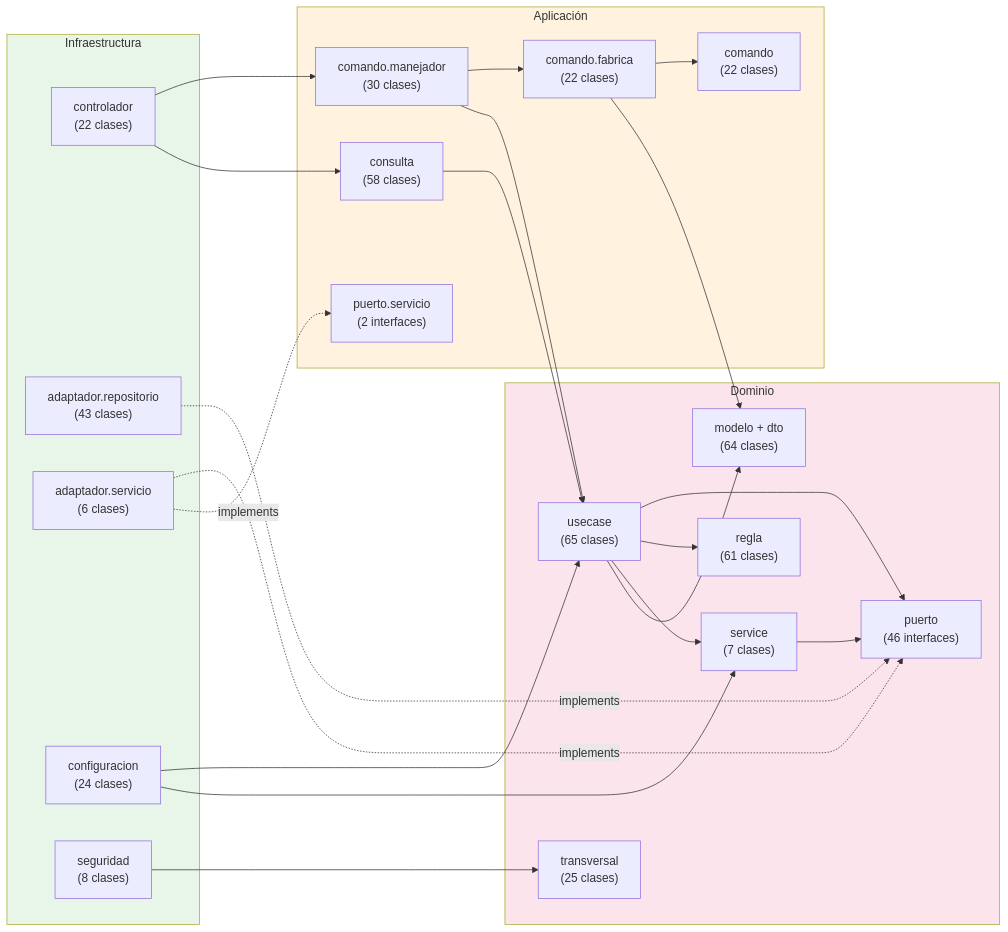
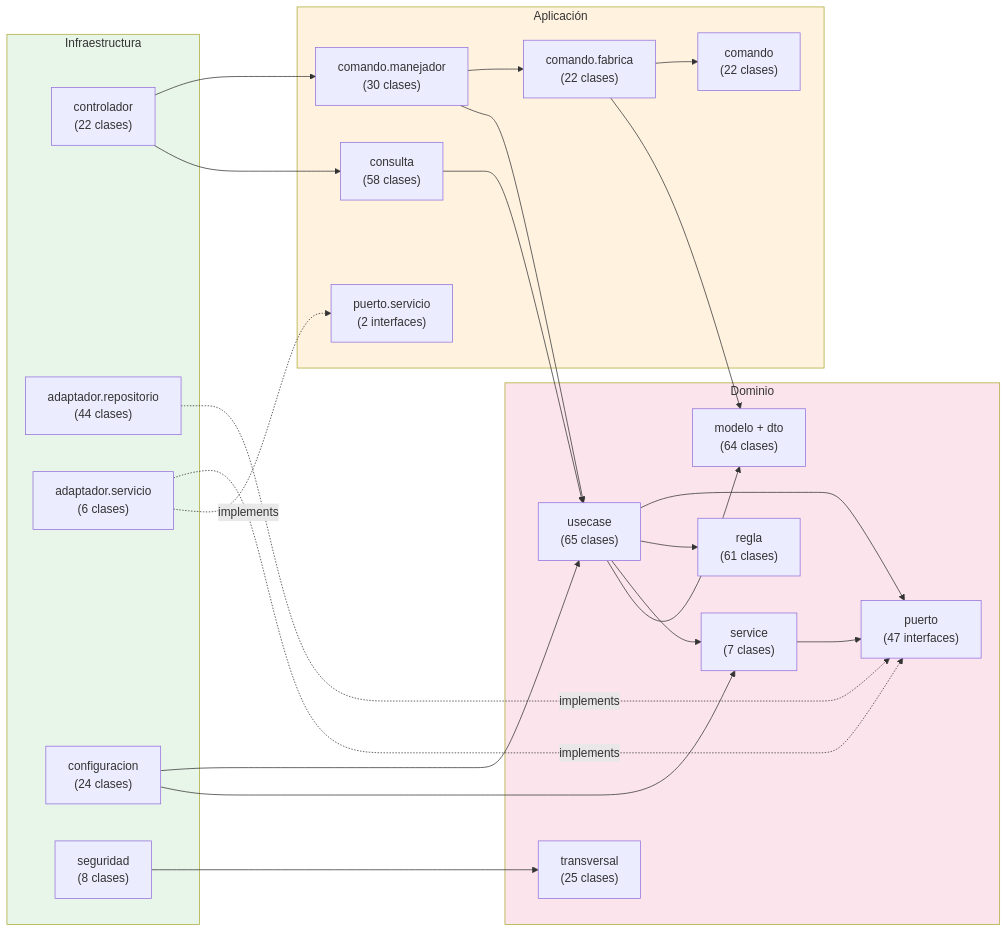
The sixth of 15 diagrams in docs/artifacts/27.diagrama_de_paquetes.md (sibeuco/DocumentacionSibe), drawn with Mermaid before and after one commit. The commit also changed other lines of this file and 5 other files, not shown here.

````diff
--- a/docs/artifacts/27.diagrama_de_paquetes.md
+++ b/docs/artifacts/27.diagrama_de_paquetes.md
@@ -498,50 +565,50 @@
 ```mermaid
 graph LR
     subgraph Infraestructura
         ctrl["controlador<br/>(22 clases)"]
-        repo["adaptador.repositorio<br/>(43 clases)"]
+        repo["adaptador.repositorio<br/>(44 clases)"]
         svcImpl["adaptador.servicio<br/>(6 clases)"]
         config["configuracion<br/>(24 clases)"]
         security["seguridad<br/>(8 clases)"]
     end
 
     subgraph Aplicación
         cmdMan["comando.manejador<br/>(30 clases)"]
         qryMan["consulta<br/>(58 clases)"]
         fabricas["comando.fabrica<br/>(22 clases)"]
         cmdDTO["comando<br/>(22 clases)"]
         appPort["puerto.servicio<br/>(2 interfaces)"]
     end
 
     subgraph Dominio
         usecases["usecase<br/>(65 clases)"]
         modelos["modelo + dto<br/>(64 clases)"]
-        puertos["puerto<br/>(46 interfaces)"]
+        puertos["puerto<br/>(47 interfaces)"]
         reglas["regla<br/>(61 clases)"]
         domSvc["service<br/>(7 clases)"]
         transv["transversal<br/>(25 clases)"]
     end
 
     ctrl --> cmdMan
     ctrl --> qryMan
     cmdMan --> fabricas
     cmdMan --> usecases
     fabricas --> cmdDTO
     fabricas --> modelos
     qryMan --> usecases
     usecases --> puertos
     usecases --> reglas
     usecases --> domSvc
     usecases --> modelos
     domSvc --> puertos
     repo -.->|"implements"| puertos
     svcImpl -.->|"implements"| puertos
     svcImpl -.->|"implements"| appPort
     config --> usecases
     config --> domSvc
     security --> transv
 
     style Infraestructura fill:#e8f5e9
     style Aplicación fill:#fff3e0
     style Dominio fill:#fce4ec
 ```
````
